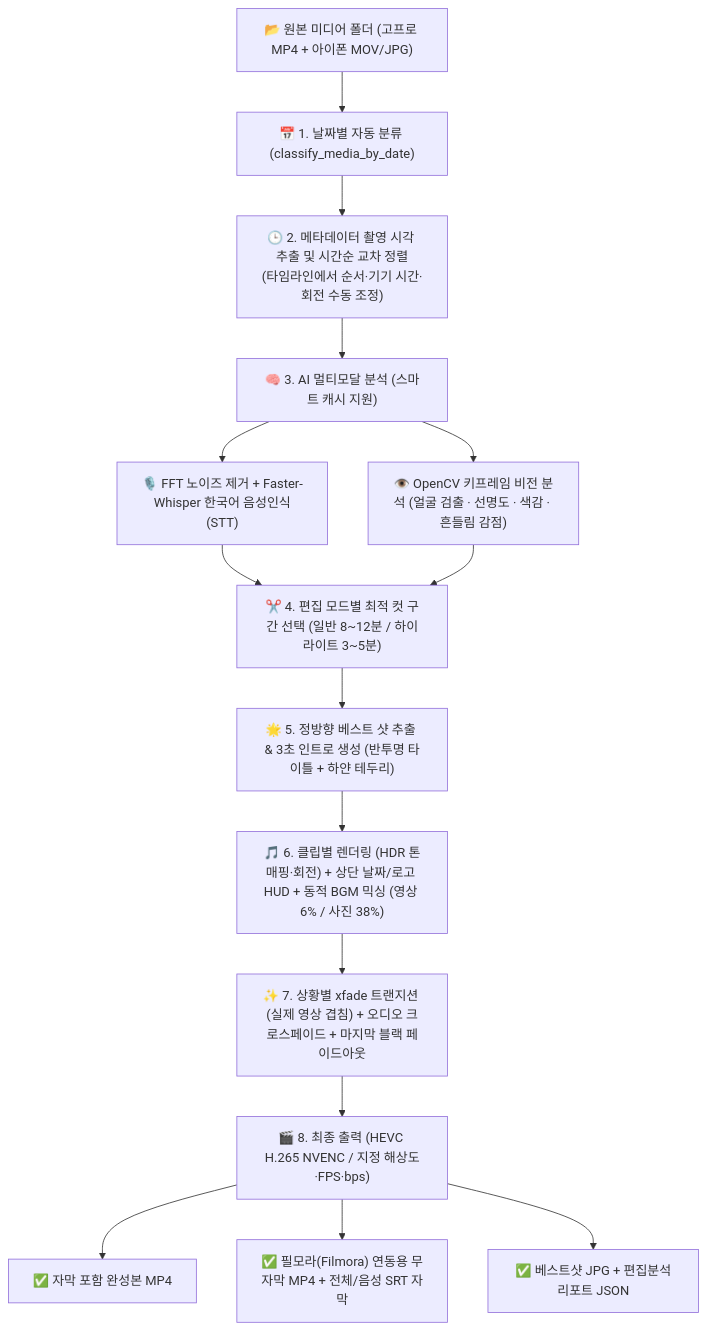
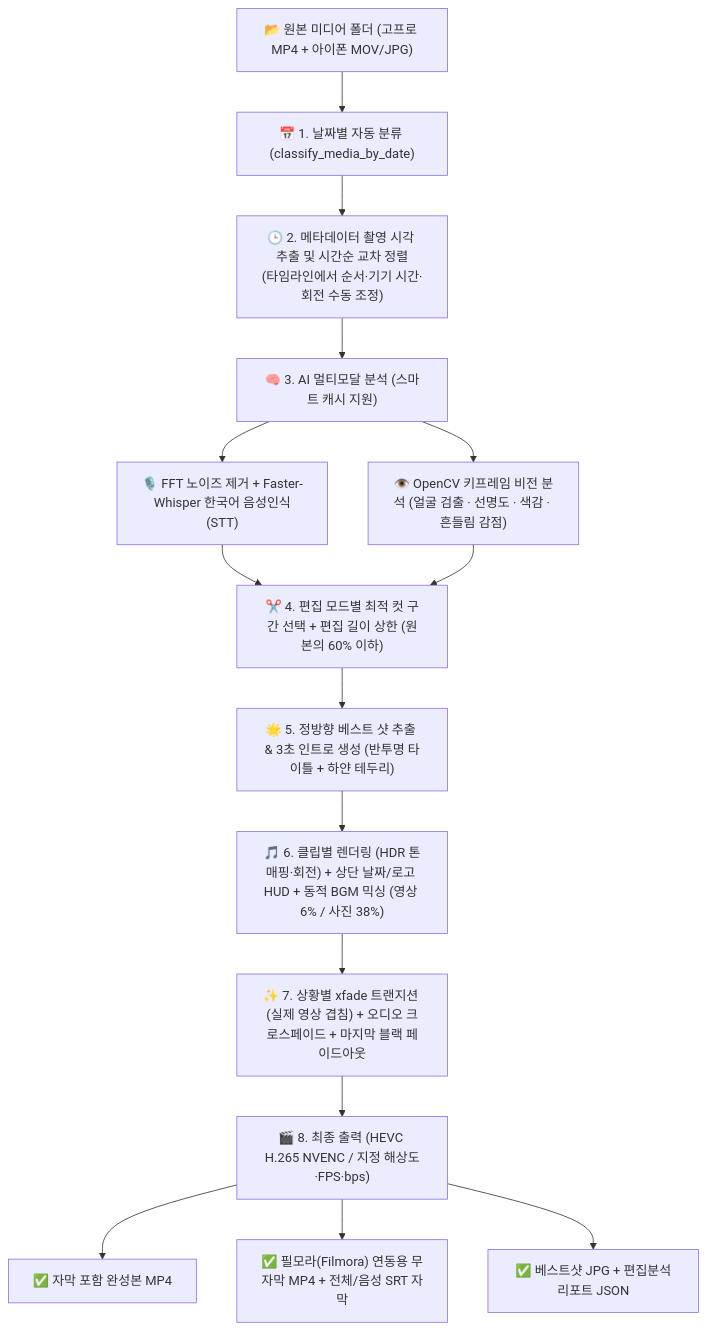
The diagram in AutoCut_Studio_2026_문서.md (geniuth/autocut), drawn with Mermaid before and after one commit. The commit also changed other lines of this file and 9 other files, not shown here.

First line of the commit message:
release: v2.6.0 - timeline multi-select, clearer scroll bar, camera icon, 60% length cap

````diff
--- a/AutoCut_Studio_2026_문서.md
+++ b/AutoCut_Studio_2026_문서.md
@@ -25,16 +26,16 @@
 ```mermaid
 flowchart TD
     A["📂 원본 미디어 폴더 (고프로 MP4 + 아이폰 MOV/JPG)"] --> B["📅 1. 날짜별 자동 분류 (classify_media_by_date)"]
     B --> C["🕒 2. 메타데이터 촬영 시각 추출 및 시간순 교차 정렬<br/>(타임라인에서 순서·기기 시간·회전 수동 조정)"]
     C --> D["🧠 3. AI 멀티모달 분석 (스마트 캐시 지원)"]
     D --> D1["🎙️ FFT 노이즈 제거 + Faster-Whisper 한국어 음성인식(STT)"]
     D --> D2["👁️ OpenCV 키프레임 비전 분석 (얼굴 검출 · 선명도 · 색감 · 흔들림 감점)"]
-    D1 & D2 --> E["✂️ 4. 편집 모드별 최적 컷 구간 선택 (일반 8~12분 / 하이라이트 3~5분)"]
+    D1 & D2 --> E["✂️ 4. 편집 모드별 최적 컷 구간 선택 + 편집 길이 상한 (원본의 60% 이하)"]
     E --> F["🌟 5. 정방향 베스트 샷 추출 & 3초 인트로 생성 (반투명 타이틀 + 하얀 테두리)"]
     F --> G["🎵 6. 클립별 렌더링 (HDR 톤매핑·회전) + 상단 날짜/로고 HUD + 동적 BGM 믹싱 (영상 6% / 사진 38%)"]
     G --> H["✨ 7. 상황별 xfade 트랜지션 (실제 영상 겹침) + 오디오 크로스페이드 + 마지막 블랙 페이드아웃"]
     H --> I["🎬 8. 최종 출력 (HEVC H.265 NVENC / 지정 해상도·FPS·bps)"]
     I --> O1["✅ 자막 포함 완성본 MP4"]
     I --> O2["✅ 필모라(Filmora) 연동용 무자막 MP4 + 전체/음성 SRT 자막"]
     I --> O3["✅ 베스트샷 JPG + 편집분석리포트 JSON"]
 ```
````
